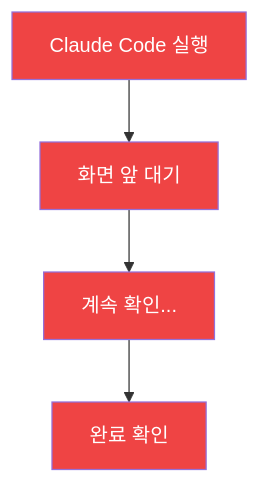
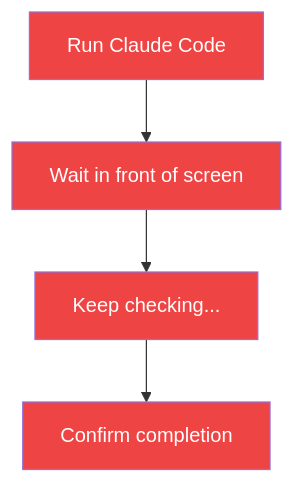
Before and after one commit to greeun/slack-notifier: the first of 3 diagrams in README.md, drawn with Mermaid. The commit also changed other lines of this file and 3 other files, not shown here.

````diff
--- a/README.md
+++ b/README.md
@@ -15,11 +15,11 @@
 ```mermaid
 flowchart TB
-    A1[Claude Code 실행] --> A2[화면 앞 대기]
-    A2 --> A3[계속 확인...]
-    A3 --> A4[완료 확인]
+    A1[Run Claude Code] --> A2[Wait in front of screen]
+    A2 --> A3[Keep checking...]
+    A3 --> A4[Confirm completion]
 
     style A1 fill:#ef4444,color:#fff
     style A2 fill:#ef4444,color:#fff
     style A3 fill:#ef4444,color:#fff
     style A4 fill:#ef4444,color:#fff
 ```
````
